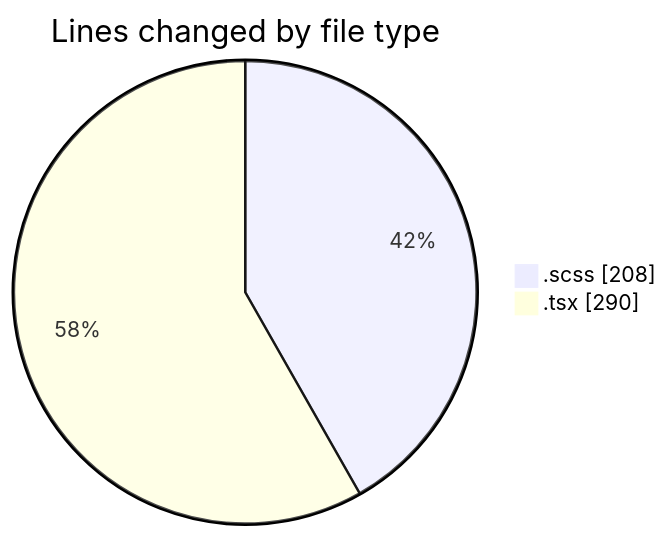
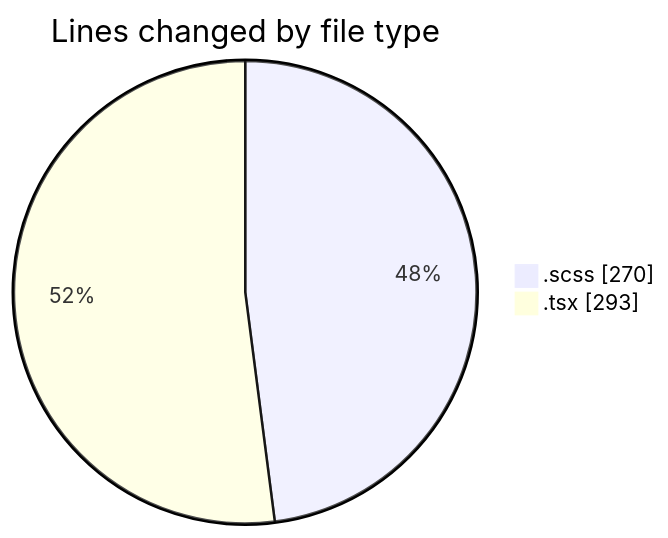
Before and after one commit to momahboobian/code-tracking: the first of 2 diagrams in 2025-03-04/cda/README.md, drawn with Mermaid. The commit also changed other lines of this file and 1 other file, not shown here.

````diff
--- a/2025-03-04/cda/README.md
+++ b/2025-03-04/cda/README.md
@@ -24,6 +24,6 @@
 ```mermaid
 pie showData
 title Lines changed by file type
-".scss" : 208
-".tsx" : 290
+".scss" : 270
+".tsx" : 293
 ```
````
